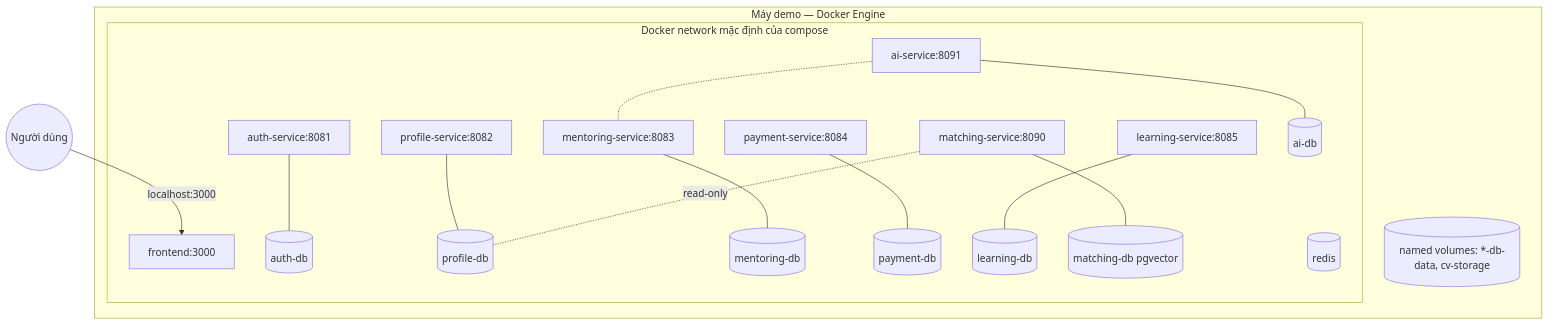
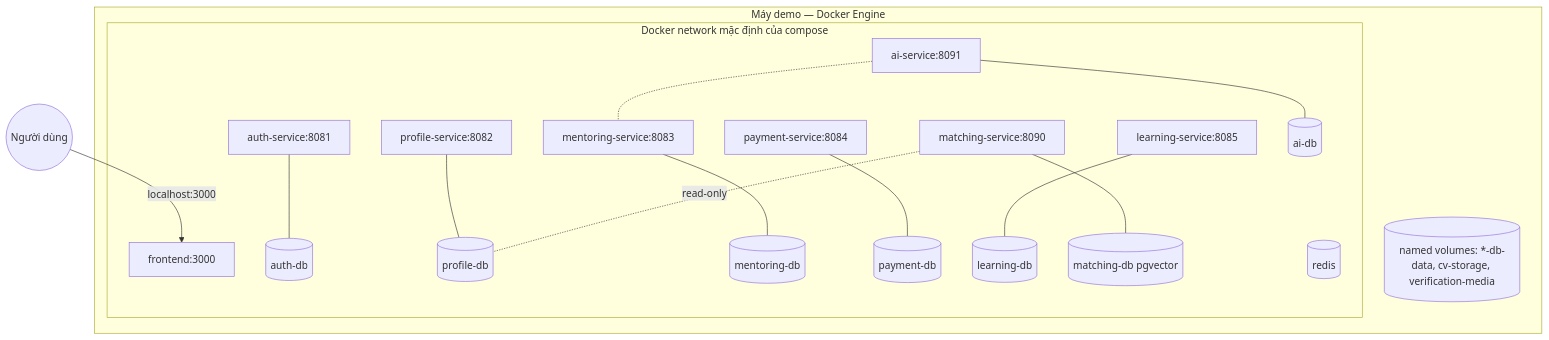
The fourth of 4 diagrams in docs/architecture.md (quangpham10212004/do_an_2026), drawn with Mermaid before and after one commit. The commit also changed 44 other files, not shown here.

````diff
--- a/docs/architecture.md
+++ b/docs/architecture.md
@@ -280,20 +280,20 @@
 ```mermaid
 flowchart TB
     subgraph Host[Máy demo — Docker Engine]
       subgraph net[Docker network mặc định của compose]
         fe[frontend:3000]
         a[auth-service:8081] --- adb[(auth-db)]
         p[profile-service:8082] --- pdb[(profile-db)]
         m[mentoring-service:8083] --- mdb[(mentoring-db)]
         pay[payment-service:8084] --- paydb[(payment-db)]
         l[learning-service:8085] --- ldb[(learning-db)]
         mt[matching-service:8090] --- mtdb[(matching-db pgvector)]
         mt -.read-only.- pdb
         ai[ai-service:8091] --- aidb[(ai-db)]
         ai -.- m
         r[(redis)]
       end
-      vols[(named volumes: *-db-data, cv-storage)]
+      vols[(named volumes: *-db-data, cv-storage, verification-media)]
     end
     user((Người dùng)) -->|localhost:3000| fe
 ```
````
